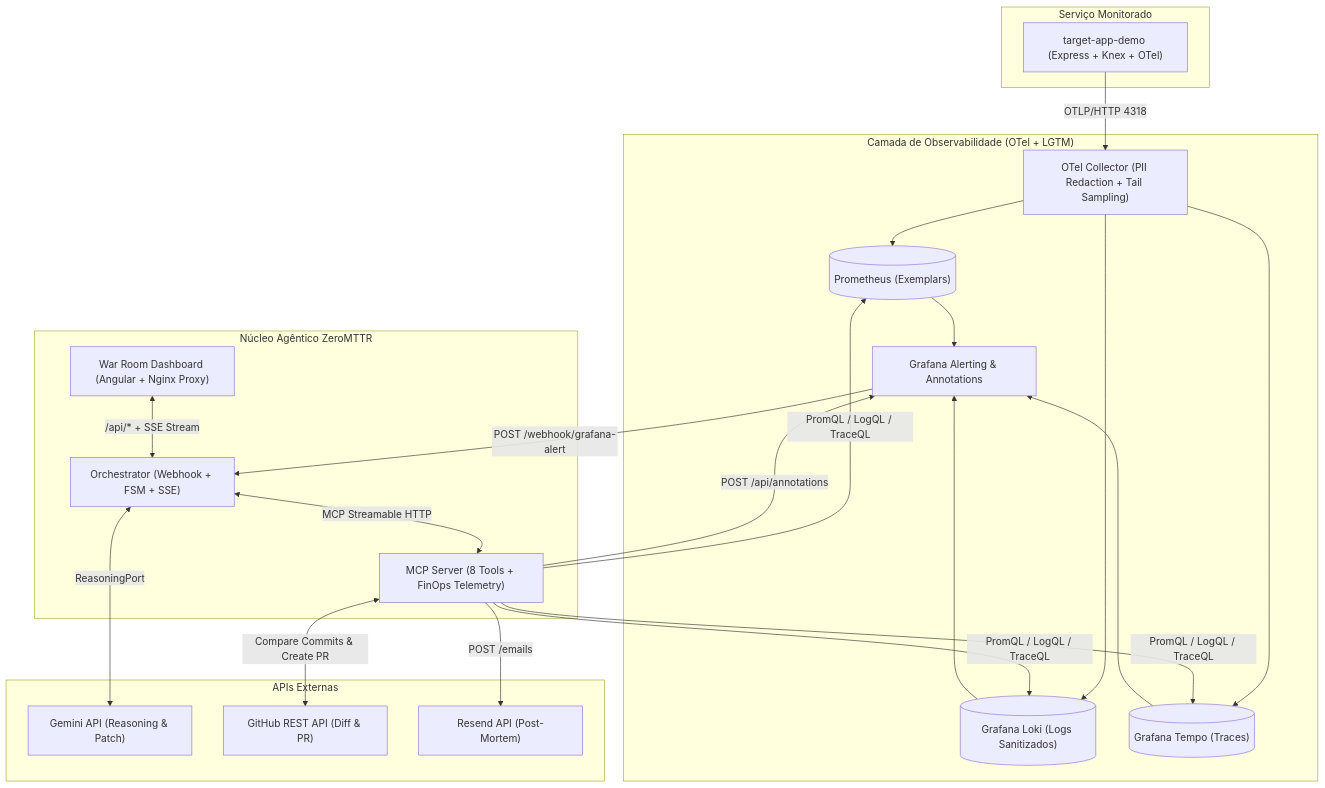
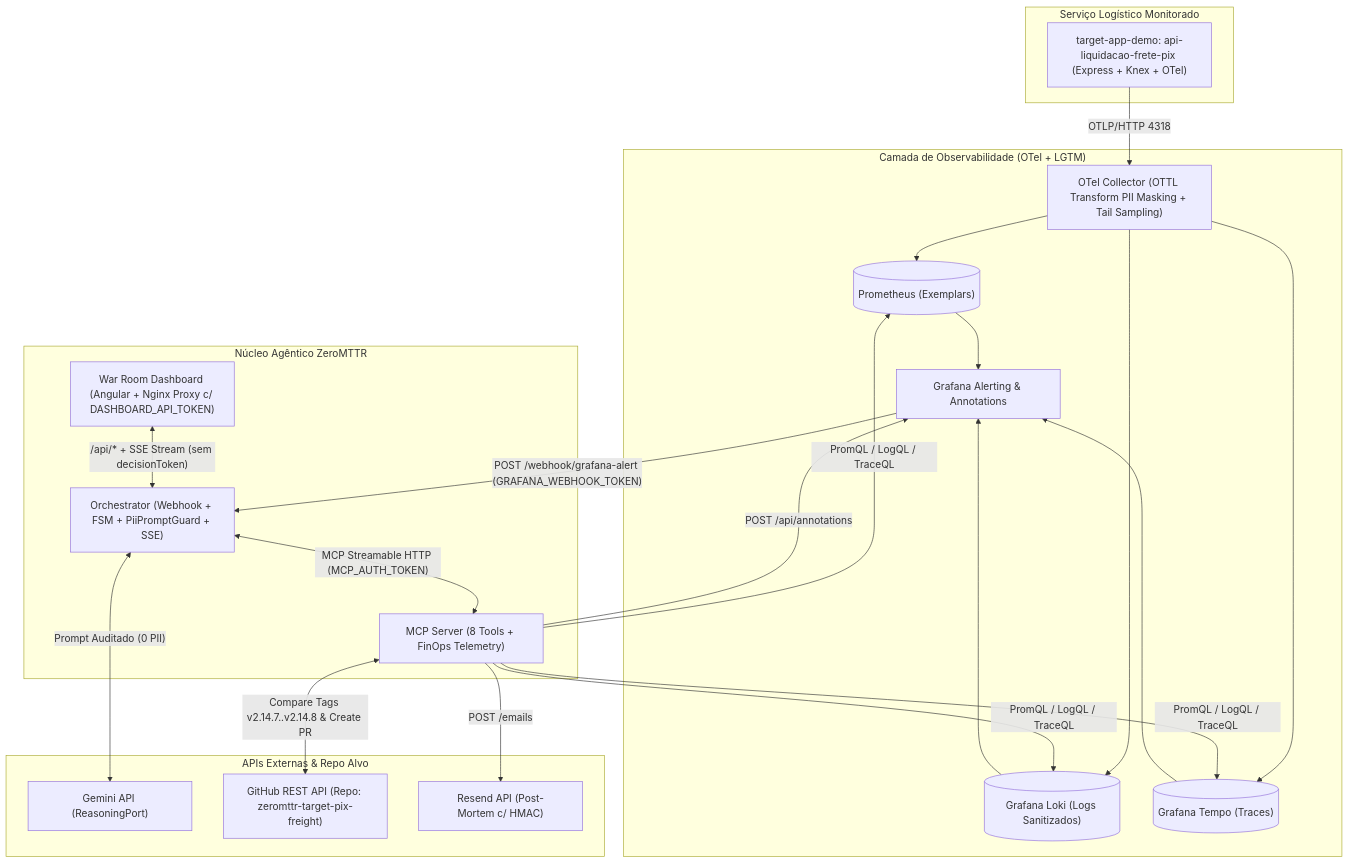
The second of 4 diagrams in docs/pt-BR/00_architecture_master.md (AdmilsonGoncalves/zeromttr), drawn with Mermaid before and after one commit. The commit also changed other lines of this file and 10 other files, not shown here.

Commit message:
docs: refine architecture v0.3 for Logistics PIX track, HMAC email isolation, OTTL PII masking, and dedicated target repo

````diff
--- a/docs/pt-BR/00_architecture_master.md
+++ b/docs/pt-BR/00_architecture_master.md
@@ -112,38 +144,38 @@
 ```mermaid
 flowchart TD
-    subgraph Workload["Serviço Monitorado"]
-        DEMO["target-app-demo (Express + Knex + OTel)"]
+    subgraph Workload["Serviço Logístico Monitorado"]
+        DEMO["target-app-demo: api-liquidacao-frete-pix (Express + Knex + OTel)"]
     end
 
     subgraph Observability["Camada de Observabilidade (OTel + LGTM)"]
-        OTEL["OTel Collector (PII Redaction + Tail Sampling)"]
+        OTEL["OTel Collector (OTTL Transform PII Masking + Tail Sampling)"]
         PROM[("Prometheus (Exemplars)")]
         LOKI[("Grafana Loki (Logs Sanitizados)")]
         TEMPO[("Grafana Tempo (Traces)")]
         GRAF["Grafana Alerting & Annotations"]
     end
 
     subgraph ZeroMTTR["Núcleo Agêntico ZeroMTTR"]
-        DASH["War Room Dashboard (Angular + Nginx Proxy)"]
-        ORCH["Orchestrator (Webhook + FSM + SSE)"]
+        DASH["War Room Dashboard (Angular + Nginx Proxy c/ DASHBOARD_API_TOKEN)"]
+        ORCH["Orchestrator (Webhook + FSM + PiiPromptGuard + SSE)"]
         MCP["MCP Server (8 Tools + FinOps Telemetry)"]
     end
 
-    subgraph External["APIs Externas"]
-        LLM["Gemini API (Reasoning & Patch)"]
-        GH["GitHub REST API (Diff & PR)"]
-        RS["Resend API (Post-Mortem)"]
+    subgraph External["APIs Externas & Repo Alvo"]
+        LLM["Gemini API (ReasoningPort)"]
+        GH["GitHub REST API (Repo: zeromttr-target-pix-freight)"]
+        RS["Resend API (Post-Mortem c/ HMAC)"]
     end
 
     DEMO -->|"OTLP/HTTP 4318"| OTEL
     OTEL --> PROM & LOKI & TEMPO
     PROM & LOKI & TEMPO --> GRAF
-    GRAF -->|"POST /webhook/grafana-alert"| ORCH
-    DASH <-->|"/api/* + SSE Stream"| ORCH
-    ORCH <-->|"MCP Streamable HTTP"| MCP
-    ORCH <-->|"ReasoningPort"| LLM
+    GRAF -->|"POST /webhook/grafana-alert (GRAFANA_WEBHOOK_TOKEN)"| ORCH
+    DASH <-->|"/api/* + SSE Stream (sem decisionToken)"| ORCH
+    ORCH <-->|"MCP Streamable HTTP (MCP_AUTH_TOKEN)"| MCP
+    ORCH <-->|"Prompt Auditado (0 PII)"| LLM
     MCP -->|"PromQL / LogQL / TraceQL"| PROM & LOKI & TEMPO
     MCP -->|"POST /api/annotations"| GRAF
-    MCP <-->|"Compare Commits & Create PR"| GH
+    MCP <-->|"Compare Tags v2.14.7..v2.14.8 & Create PR"| GH
     MCP -->|"POST /emails"| RS
 ```
````
